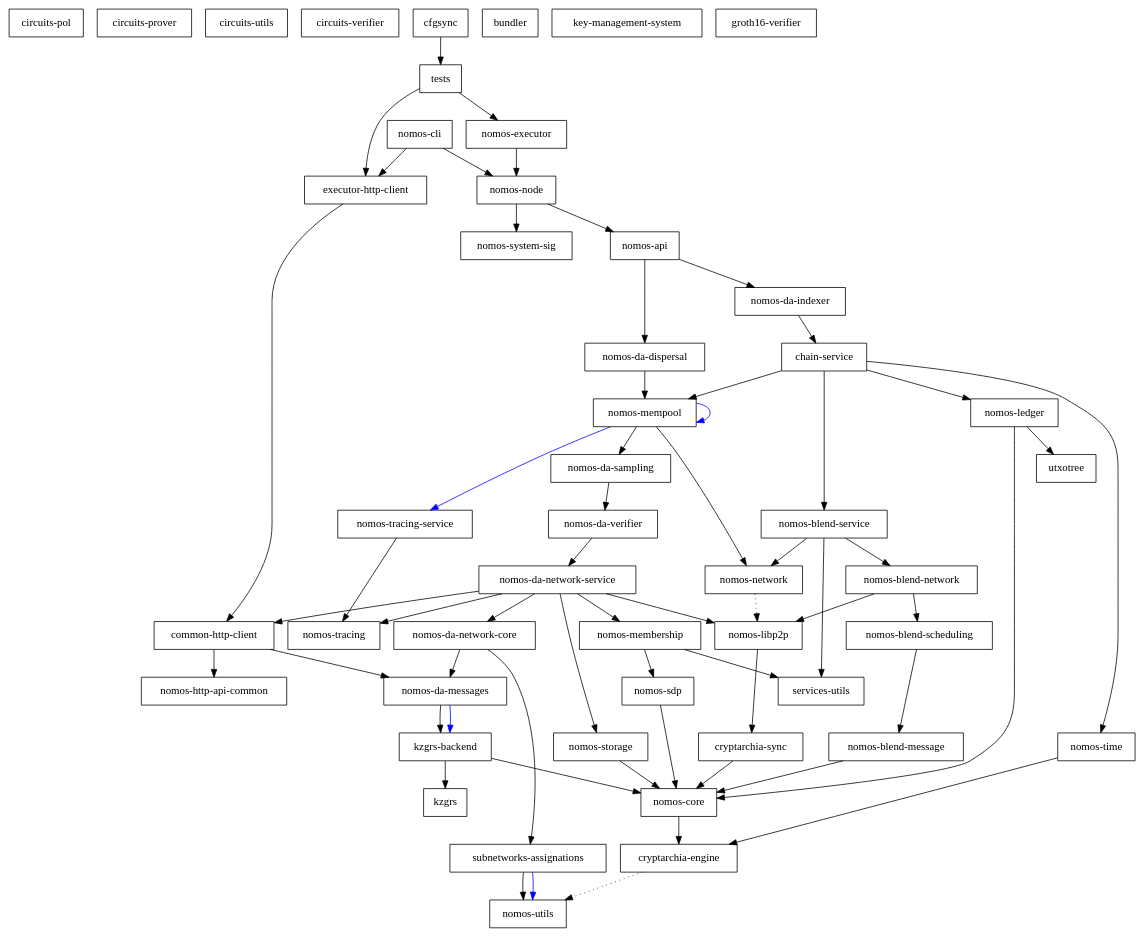
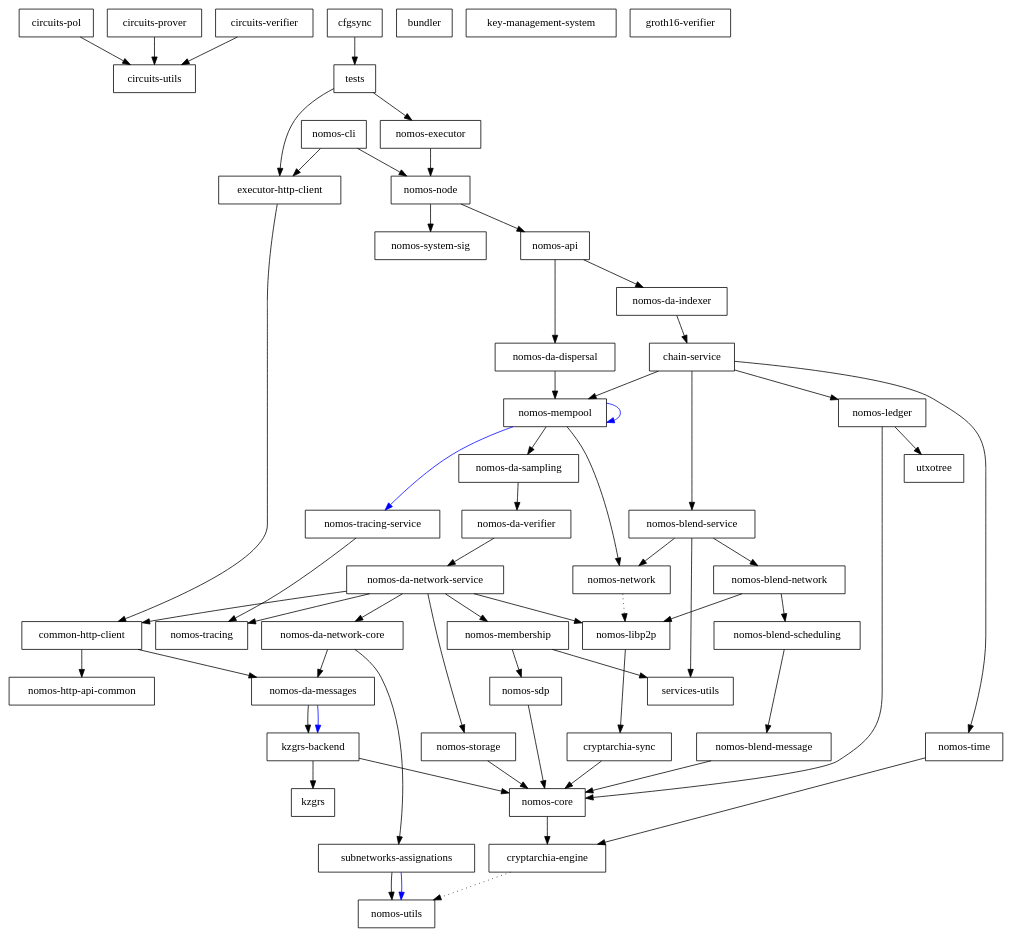
One commit to Astro521/logos-blockchain changed the diagram in dependencies_graph.dot. Above: the diagram before and after it, drawn with Graphviz. The commit also changed 28 other files, not shown here.

```diff
--- a/dependencies_graph.dot
+++ b/dependencies_graph.dot
@@ -1,109 +1,112 @@
 digraph {
     0 [ label = "circuits-pol" shape = box]
-    1 [ label = "circuits-prover" shape = box]
-    2 [ label = "circuits-utils" shape = box]
+    1 [ label = "circuits-utils" shape = box]
+    2 [ label = "circuits-prover" shape = box]
     3 [ label = "circuits-verifier" shape = box]
     4 [ label = "cryptarchia-engine" shape = box]
     5 [ label = "nomos-utils" shape = box]
     6 [ label = "cryptarchia-sync" shape = box]
     7 [ label = "nomos-core" shape = box]
     8 [ label = "nomos-ledger" shape = box]
     9 [ label = "utxotree" shape = box]
     10 [ label = "nomos-http-api-common" shape = box]
     11 [ label = "nomos-executor" shape = box]
     12 [ label = "kzgrs-backend" shape = box]
     13 [ label = "kzgrs" shape = box]
     14 [ label = "nomos-api" shape = box]
     15 [ label = "chain-service" shape = box]
     16 [ label = "nomos-blend-service" shape = box]
     17 [ label = "nomos-blend-message" shape = box]
     18 [ label = "nomos-blend-network" shape = box]
     19 [ label = "nomos-blend-scheduling" shape = box]
     20 [ label = "nomos-libp2p" shape = box]
     21 [ label = "nomos-network" shape = box]
     22 [ label = "services-utils" shape = box]
     23 [ label = "nomos-da-sampling" shape = box]
     24 [ label = "nomos-da-network-core" shape = box]
     25 [ label = "nomos-da-messages" shape = box]
     26 [ label = "subnetworks-assignations" shape = box]
     27 [ label = "nomos-da-network-service" shape = box]
     28 [ label = "common-http-client" shape = box]
     29 [ label = "nomos-membership" shape = box]
     30 [ label = "nomos-sdp" shape = box]
     31 [ label = "nomos-storage" shape = box]
     32 [ label = "nomos-tracing" shape = box]
     33 [ label = "nomos-da-verifier" shape = box]
     34 [ label = "nomos-mempool" shape = box]
     35 [ label = "nomos-tracing-service" shape = box]
     36 [ label = "nomos-time" shape = box]
     37 [ label = "nomos-da-dispersal" shape = box]
     38 [ label = "nomos-da-indexer" shape = box]
     39 [ label = "nomos-node" shape = box]
     40 [ label = "nomos-system-sig" shape = box]
     41 [ label = "executor-http-client" shape = box]
     42 [ label = "bundler" shape = box]
     43 [ label = "nomos-cli" shape = box]
     44 [ label = "key-management-system" shape = box]
     45 [ label = "cfgsync" shape = box]
     46 [ label = "tests" shape = box]
     47 [ label = "groth16-verifier" shape = box]
+    0 -> 1 [ ]
+    2 -> 1 [ ]
+    3 -> 1 [ ]
     4 -> 5 [ style = dotted]
     6 -> 7 [ ]
     7 -> 4 [ ]
     8 -> 7 [ ]
     8 -> 9 [ ]
     11 -> 39 [ ]
     12 -> 13 [ ]
     12 -> 7 [ ]
     14 -> 37 [ ]
     14 -> 38 [ ]
     15 -> 16 [ ]
     15 -> 8 [ ]
     15 -> 34 [ ]
     15 -> 36 [ ]
     16 -> 18 [ ]
     16 -> 21 [ ]
     16 -> 22 [ ]
     17 -> 7 [ ]
     18 -> 19 [ ]
     18 -> 20 [ ]
     19 -> 17 [ ]
     20 -> 6 [ ]
     21 -> 20 [ style = dotted]
     23 -> 33 [ ]
     24 -> 25 [ ]
     24 -> 26 [ ]
     25 -> 12 [ ]
     25 -> 12 [ color = blue]
     26 -> 5 [ ]
     26 -> 5 [ color = blue]
     27 -> 28 [ ]
     27 -> 24 [ ]
     27 -> 20 [ ]
     27 -> 29 [ ]
     27 -> 31 [ ]
     27 -> 32 [ ]
     28 -> 25 [ ]
     28 -> 10 [ ]
     29 -> 30 [ ]
     29 -> 22 [ ]
     30 -> 7 [ ]
     31 -> 7 [ ]
     33 -> 27 [ ]
     34 -> 23 [ ]
     34 -> 34 [ color = blue]
     34 -> 21 [ ]
     34 -> 35 [ color = blue]
     35 -> 32 [ ]
     36 -> 4 [ ]
     37 -> 34 [ ]
     38 -> 15 [ ]
     39 -> 14 [ ]
     39 -> 40 [ ]
     41 -> 28 [ ]
     43 -> 41 [ ]
     43 -> 39 [ ]
     45 -> 46 [ ]
     46 -> 41 [ ]
     46 -> 11 [ ]
 }
```
